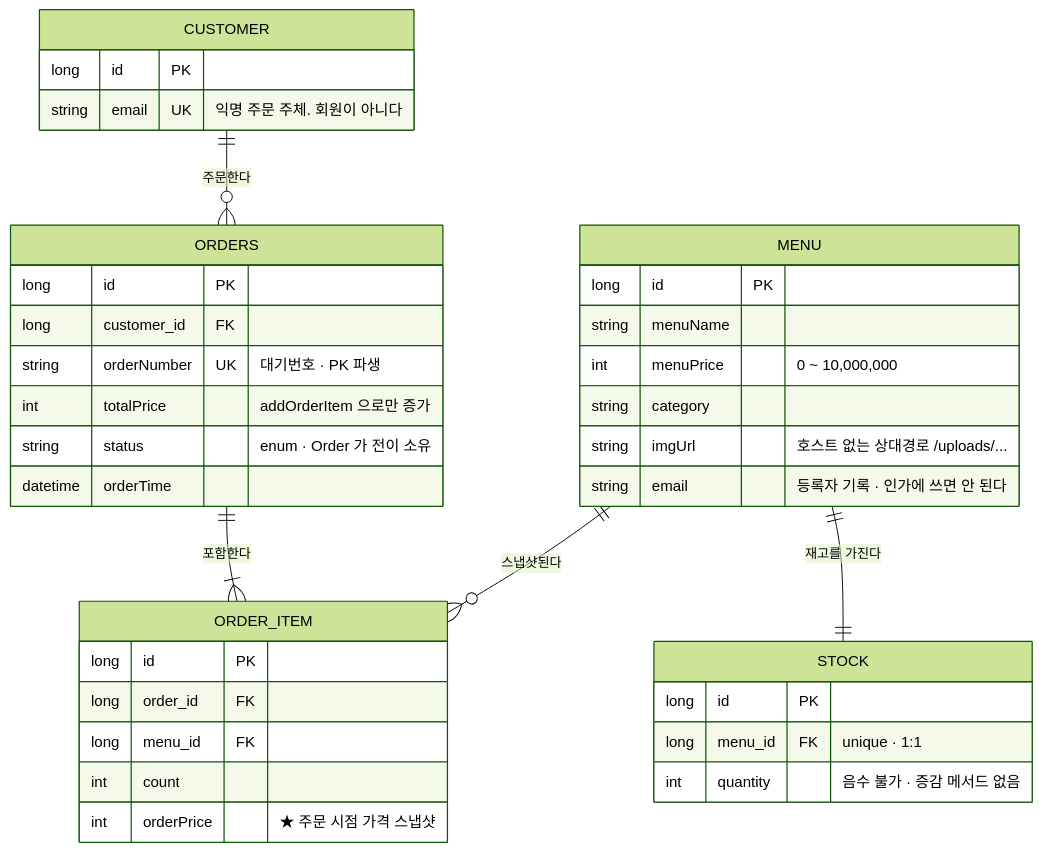
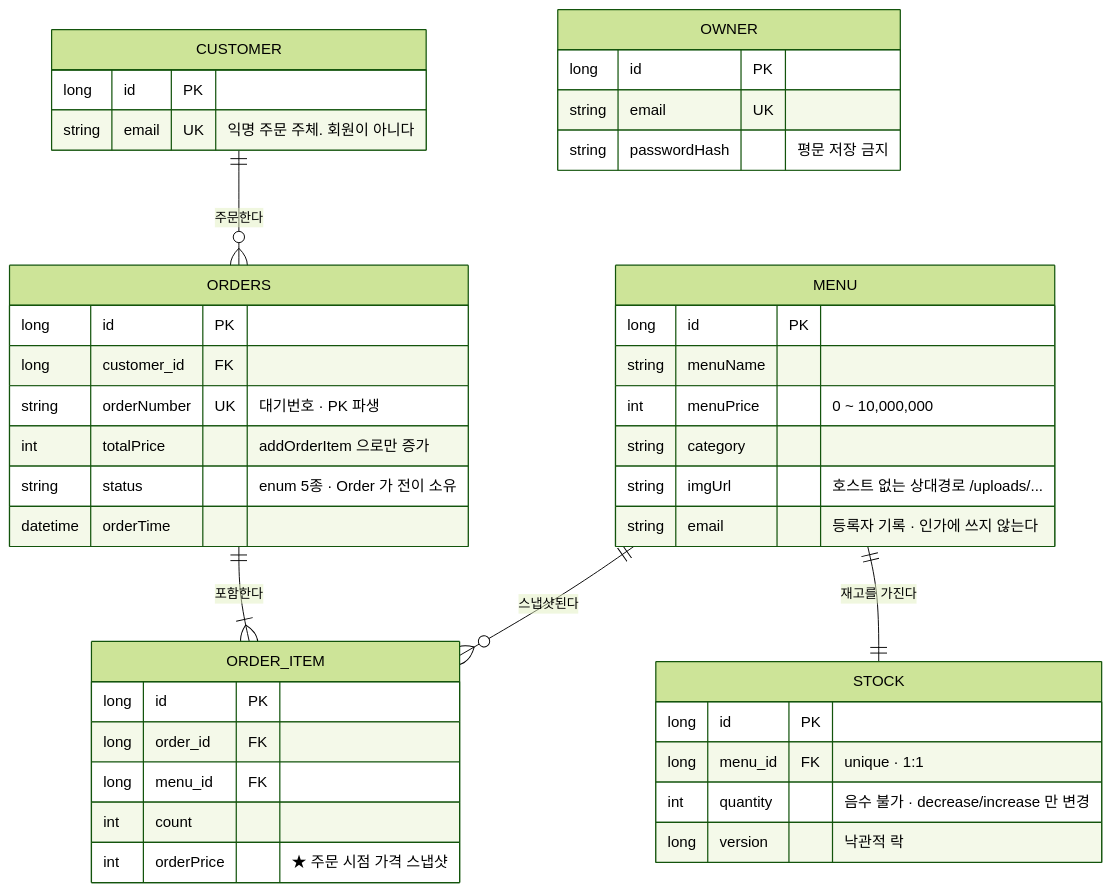
One commit to hhyukk/cafe-kiosk changed the eighth of 8 diagrams in docs/design/architecture.md. Above: the diagram before and after it, drawn with Mermaid (forest theme). The commit also changed other lines of this file, not shown here.

````diff
--- a/docs/design/architecture.md
+++ b/docs/design/architecture.md
@@ -445,40 +458,46 @@
 ```mermaid
 erDiagram
     CUSTOMER ||--o{ ORDERS : "주문한다"
     ORDERS ||--|{ ORDER_ITEM : "포함한다"
     MENU ||--o{ ORDER_ITEM : "스냅샷된다"
     MENU ||--|| STOCK : "재고를 가진다"
 
     CUSTOMER {
         long id PK
         string email UK "익명 주문 주체. 회원이 아니다"
     }
     ORDERS {
         long id PK
         long customer_id FK
         string orderNumber UK "대기번호 · PK 파생"
         int totalPrice "addOrderItem 으로만 증가"
-        string status "enum · Order 가 전이 소유"
+        string status "enum 5종 · Order 가 전이 소유"
         datetime orderTime
     }
     ORDER_ITEM {
         long id PK
         long order_id FK
         long menu_id FK
         int count
         int orderPrice "★ 주문 시점 가격 스냅샷"
     }
     MENU {
         long id PK
         string menuName
         int menuPrice "0 ~ 10,000,000"
         string category
         string imgUrl "호스트 없는 상대경로 /uploads/..."
-        string email "등록자 기록 · 인가에 쓰면 안 된다"
+        string email "등록자 기록 · 인가에 쓰지 않는다"
     }
     STOCK {
         long id PK
         long menu_id FK "unique · 1:1"
-        int quantity "음수 불가 · 증감 메서드 없음"
+        int quantity "음수 불가 · decrease/increase 만 변경"
+        long version "낙관적 락"
+    }
+    OWNER {
+        long id PK
+        string email UK
+        string passwordHash "평문 저장 금지"
     }
 ```
````
